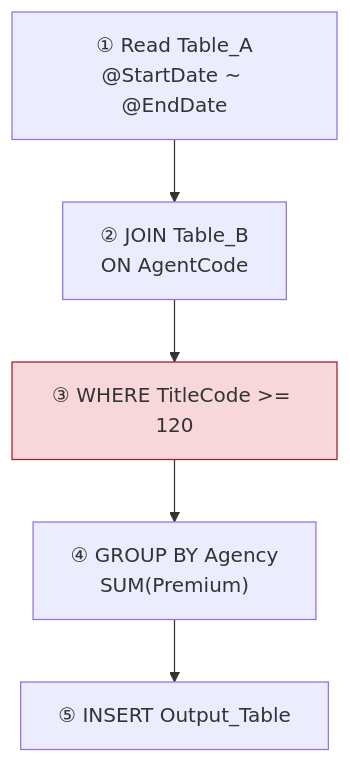
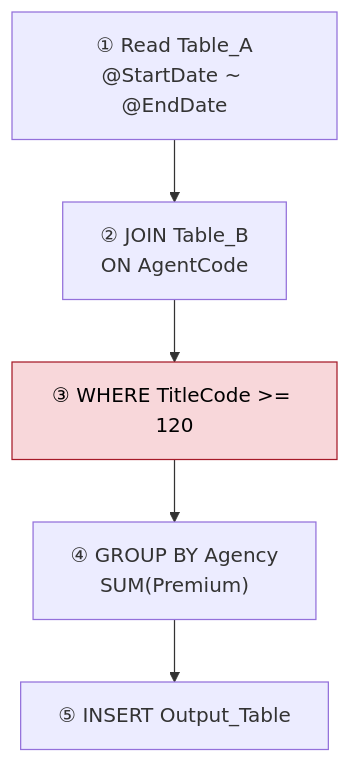
The fourth of 6 diagrams in docs/SQL_Developer/standard/CR_Report_Template_Business.md (lvccwk/agent-workflow), drawn with Mermaid before and after one commit. The commit also changed other lines of this file and 1 other file, not shown here.

````diff
--- a/docs/SQL_Developer/standard/CR_Report_Template_Business.md
+++ b/docs/SQL_Developer/standard/CR_Report_Template_Business.md
@@ -87,8 +87,8 @@
 ```mermaid
 flowchart TD
     A["① Read Table_A<br/>@StartDate ~ @EndDate"] --> B["② JOIN Table_B<br/>ON AgentCode"]
     B --> C["③ WHERE TitleCode >= 120"]
     C --> D["④ GROUP BY Agency<br/>SUM(Premium)"]
     D --> E["⑤ INSERT Output_Table"]
-    style C fill:#f8d7da,stroke:#a61b29
+    style C fill:#f8d7da,stroke:#a61b29,color:#000000
 ```
````
